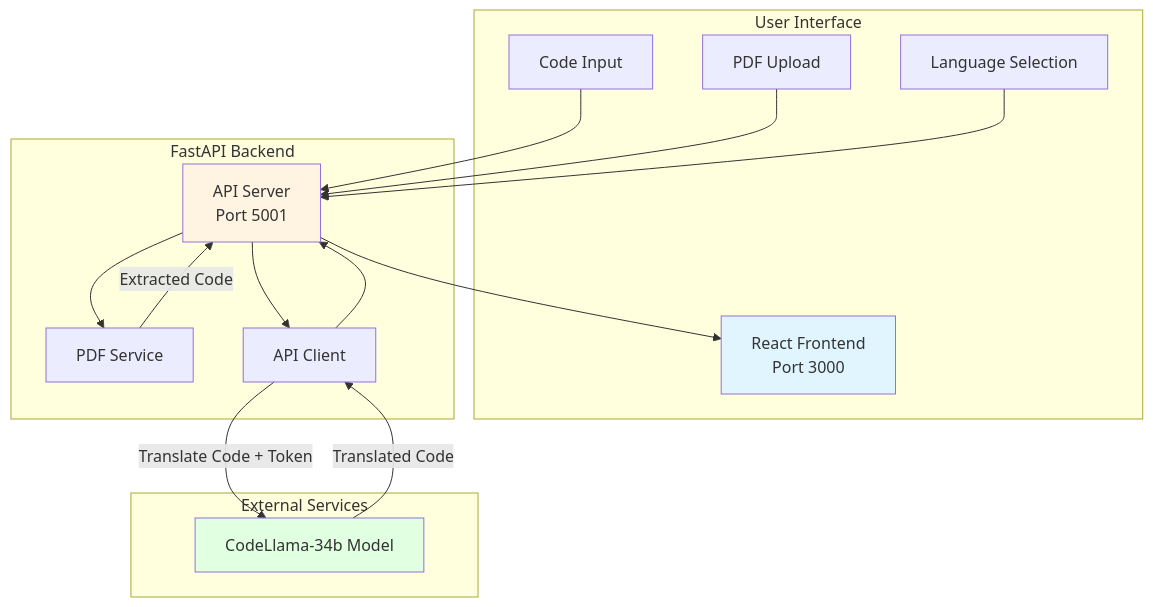
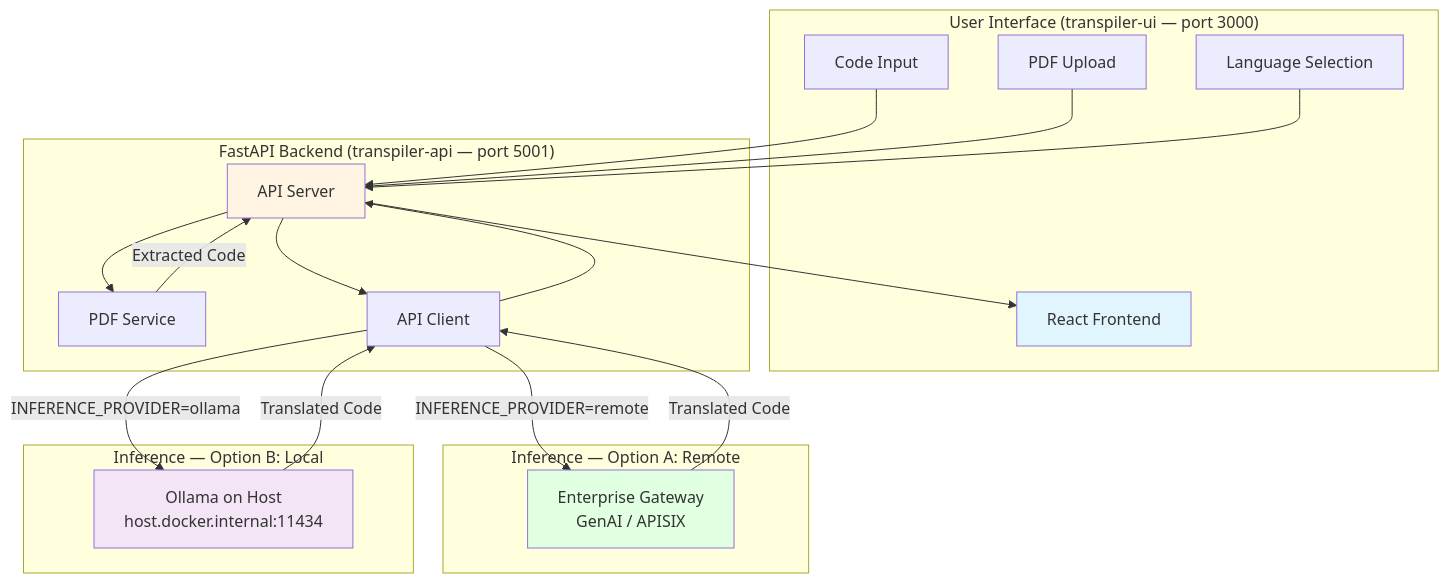
The diagram in README.md (cld2labs/CodeTrans), drawn with Mermaid before and after one commit. The commit also changed other lines of this file, not shown here.

First line of the commit message:
docs(readme): rewrite for CodeTrans with multi-provider inference support

````diff
--- a/README.md
+++ b/README.md
@@ -67,34 +62,41 @@
 ```mermaid
-  graph TB
-      subgraph "User Interface"
-          A[React Frontend<br/>Port 3000]
-          A1[Code Input]
-          A2[PDF Upload]
-          A3[Language Selection]
-      end
+graph TB
+    subgraph "User Interface (transpiler-ui — port 3000)"
+        A[React Frontend]
+        A1[Code Input]
+        A2[PDF Upload]
+        A3[Language Selection]
+    end
 
-      subgraph "FastAPI Backend"
-          B[API Server<br/>Port 5001]
-          C[PDF Service]
-          D[API Client]
-      end
+    subgraph "FastAPI Backend (transpiler-api — port 5001)"
+        B[API Server]
+        C[PDF Service]
+        D[API Client]
+    end
 
-      subgraph "External Services"
-          E[CodeLlama-34b Model]
-      end
+    subgraph "Inference — Option A: Remote"
+        E[Enterprise Gateway<br/>GenAI / APISIX]
+    end
 
-      A1 --> B
-      A2 --> B
-      A3 --> B
-      B --> C
-      C -->|Extracted Code| B
-      B --> D
-      D -->|Translate Code + Token| E
-      E -->|Translated Code| D
-      D --> B
-      B --> A
+    subgraph "Inference — Option B: Local"
+        F[Ollama on Host<br/>host.docker.internal:11434]
+    end
 
-      style A fill:#e1f5ff
-      style B fill:#fff4e1
-      style E fill:#e1ffe1
+    A1 --> B
+    A2 --> B
+    A3 --> B
+    B --> C
+    C -->|Extracted Code| B
+    B --> D
+    D -->|INFERENCE_PROVIDER=remote| E
+    D -->|INFERENCE_PROVIDER=ollama| F
+    E -->|Translated Code| D
+    F -->|Translated Code| D
+    D --> B
+    B --> A
+
+    style A fill:#e1f5ff
+    style B fill:#fff4e1
+    style E fill:#e1ffe1
+    style F fill:#f3e5f5
 ```
````
